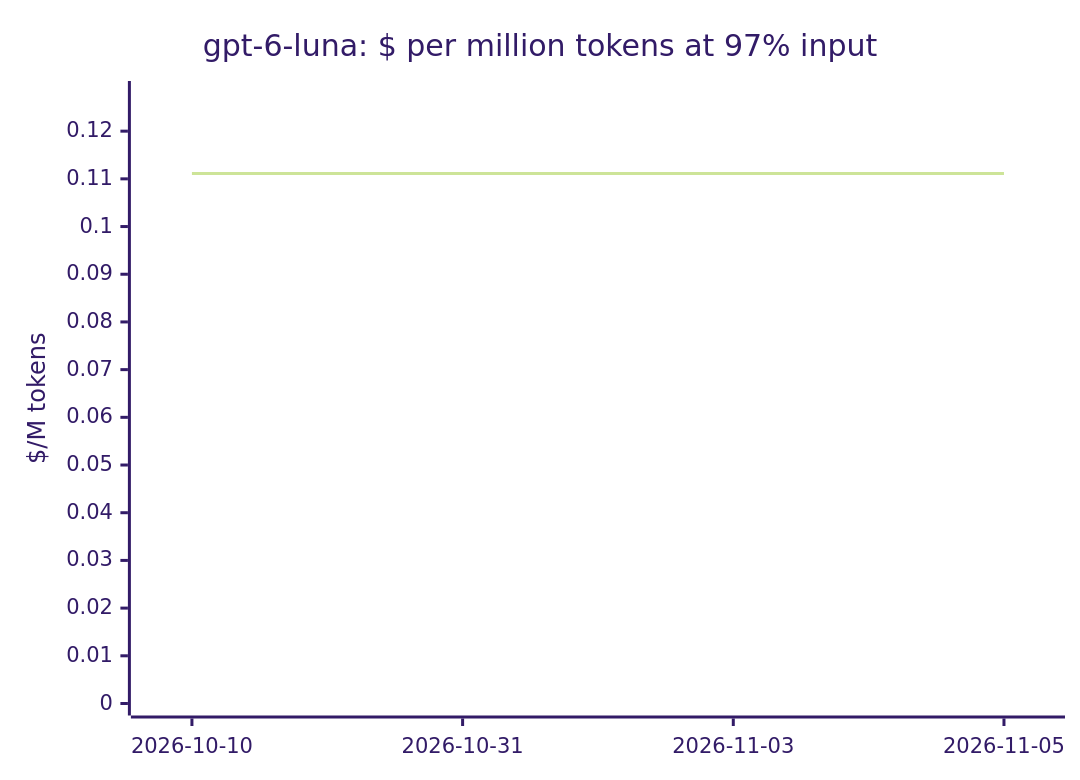
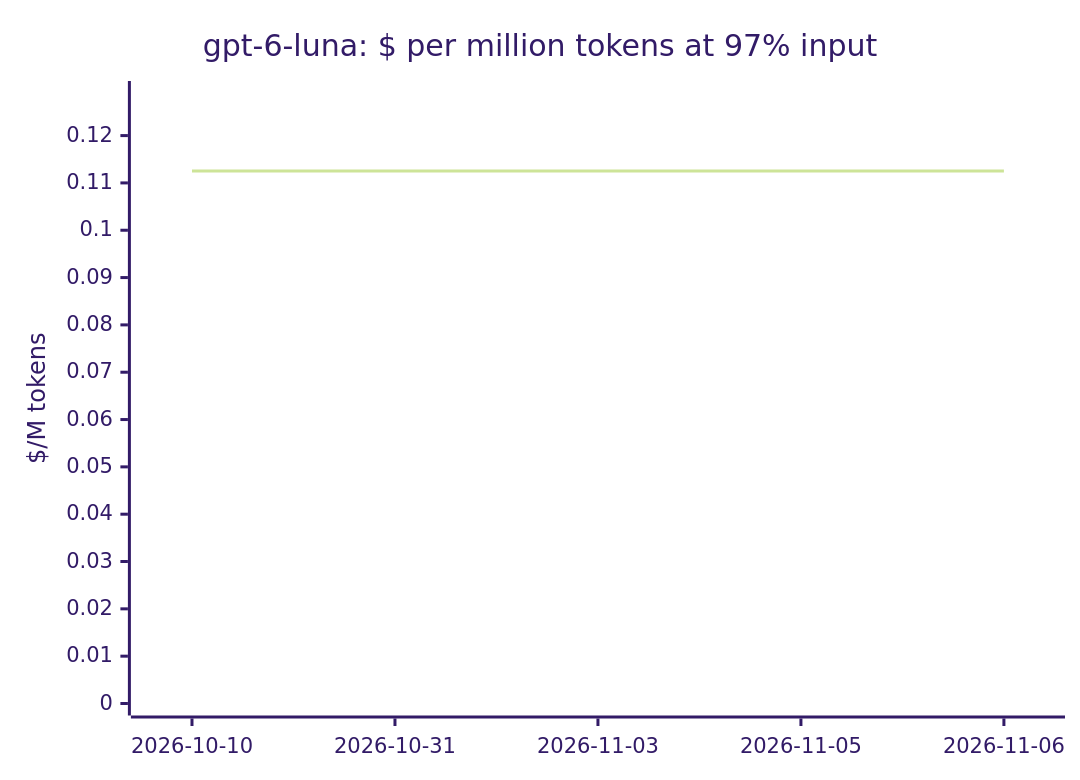
Before and after one commit to cklukas/OMEGA_TRANSFORM: diagram 12 of 20 in docs/openrouter-models.md, drawn with Mermaid (forest theme). The commit also changed other lines of this file and 103 other files, not shown here.

````diff
--- a/docs/openrouter-models.md
+++ b/docs/openrouter-models.md
@@ -243,7 +242,7 @@
 ```mermaid
 xychart-beta
     title "gpt-6-luna: $ per million tokens at 97% input"
-    x-axis ["2026-10-10", "2026-10-31", "2026-11-03", "2026-11-05"]
-    y-axis "$/M tokens" 0 --> 0.128
-    line [0.1111, 0.1111, 0.1111, 0.1111]
+    x-axis ["2026-10-10", "2026-10-31", "2026-11-03", "2026-11-05", "2026-11-06"]
+    y-axis "$/M tokens" 0 --> 0.129
+    line [0.1125, 0.1125, 0.1125, 0.1125, 0.1125]
 ```
````
